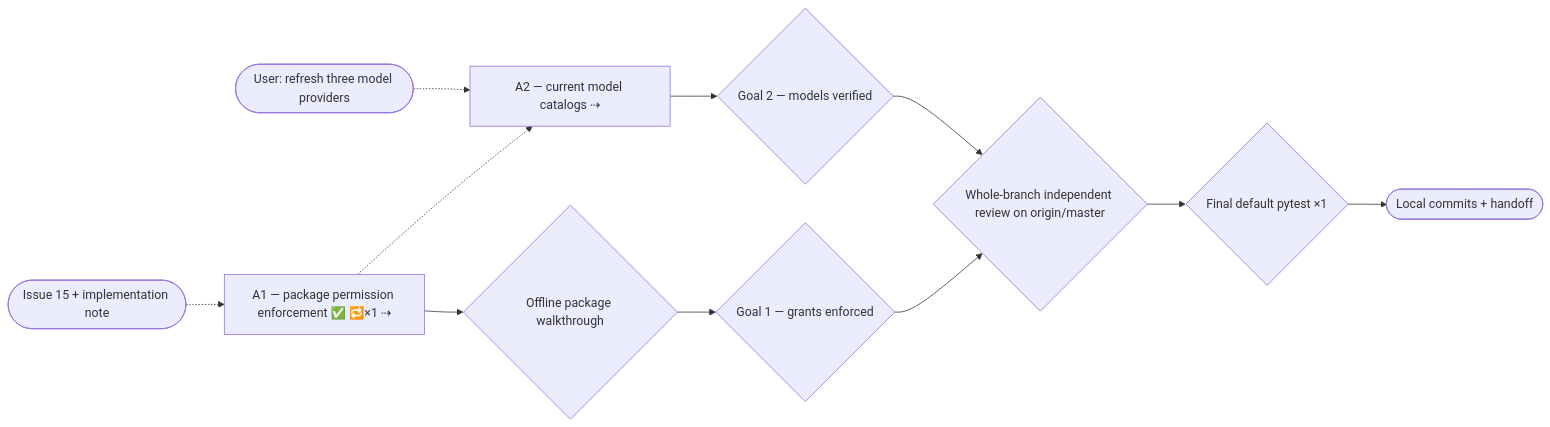
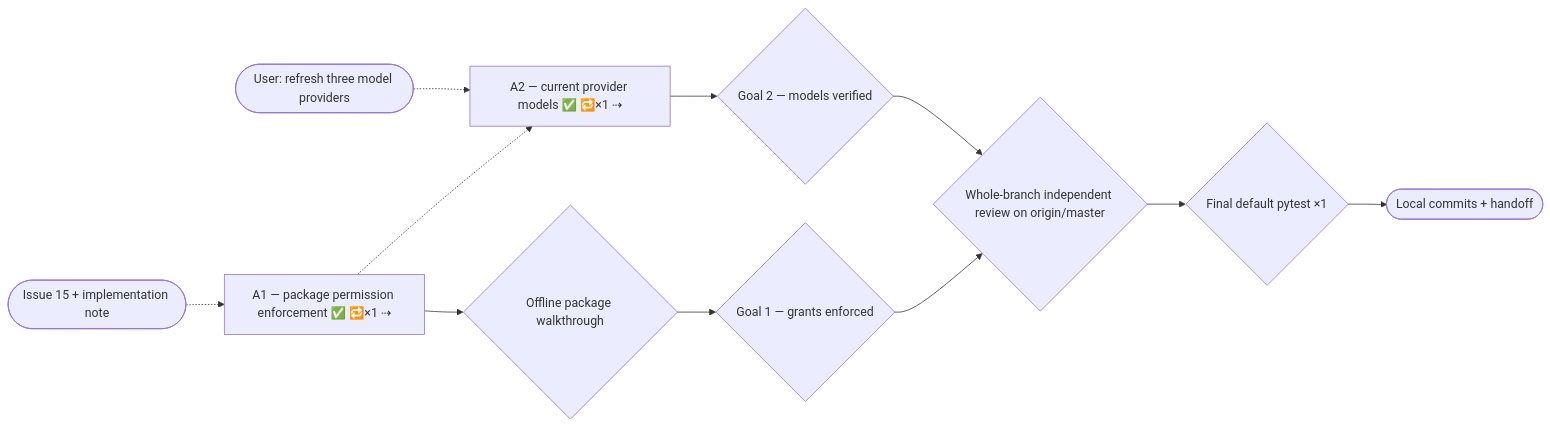
The diagram in docs/plans/issue-15-permissions-models-plan.md (tyxter-dev/blackbox), drawn with Mermaid before and after one commit. The commit also changed other lines of this file and 17 other files, not shown here.

````diff
--- a/docs/plans/issue-15-permissions-models-plan.md
+++ b/docs/plans/issue-15-permissions-models-plan.md
@@ -143,17 +150,17 @@
 ```mermaid
 flowchart LR
   I15(["Issue 15 + implementation note"])
   IM(["User: refresh three model providers"])
   A1["A1 — package permission enforcement ✅ 🔁×1 ⇢"]
-  A2["A2 — current model catalogs ⇢"]
+  A2["A2 — current provider models ✅ 🔁×1 ⇢"]
   I15 -.-> A1
   IM -.-> A2
   A1 -.-> A2
   A1 --> P{"Offline package walkthrough"}
   P --> G1{"Goal 1 — grants enforced"}
   A2 --> G2{"Goal 2 — models verified"}
   G1 --> FR{"Whole-branch independent review on origin/master"}
   G2 --> FR
   FR --> CI{"Final default pytest ×1"}
   CI --> H(["Local commits + handoff"])
 ```
````
